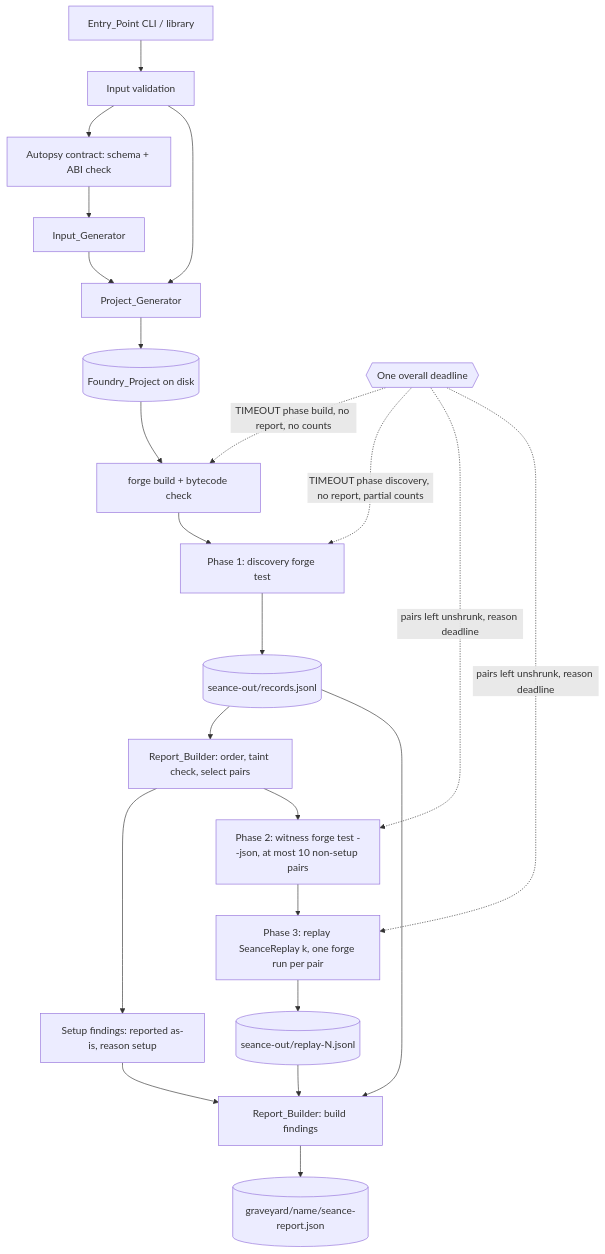
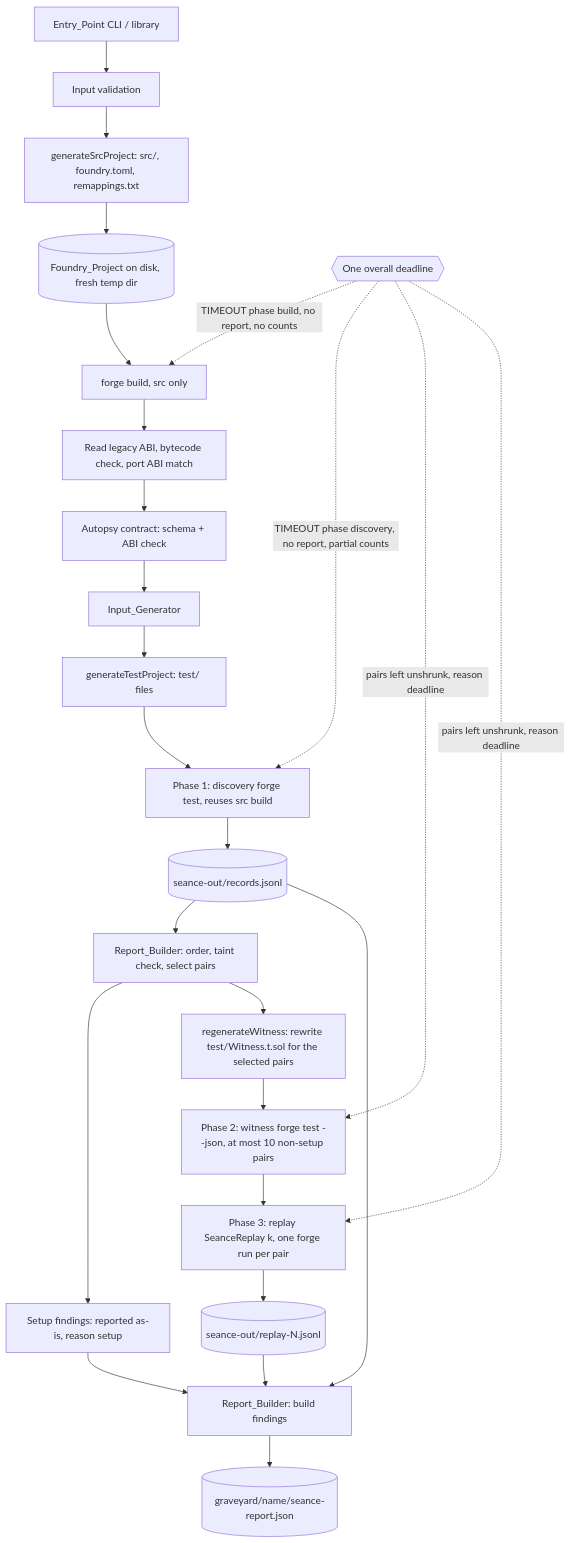
The first of 2 diagrams in .kiro/specs/seance-engine/design.md (CharlesChinedum/exhume), drawn with Mermaid before and after one commit. The commit also changed other lines of this file and 54 other files, not shown here.

````diff
--- a/.kiro/specs/seance-engine/design.md
+++ b/.kiro/specs/seance-engine/design.md
@@ -54,25 +62,27 @@
 ```mermaid
 flowchart TD
     CLI[Entry_Point CLI / library] --> V[Input validation]
-    V --> AC[Autopsy contract: schema + ABI check]
+    V --> SG[generateSrcProject: src/, foundry.toml, remappings.txt]
+    SG --> FP[(Foundry_Project on disk, fresh temp dir)]
+    FP --> BC[forge build, src only]
+    BC --> ABI[Read legacy ABI, bytecode check, port ABI match]
+    ABI --> AC[Autopsy contract: schema + ABI check]
     AC --> IG[Input_Generator]
-    V --> PG[Project_Generator]
-    IG --> PG
-    PG --> FP[(Foundry_Project on disk)]
-    FP --> BC[forge build + bytecode check]
-    BC --> D1[Phase 1: discovery forge test]
+    IG --> TG[generateTestProject: test/ files]
+    TG --> D1[Phase 1: discovery forge test, reuses src build]
     D1 --> REC[(seance-out/records.jsonl)]
     REC --> SEL[Report_Builder: order, taint check, select pairs]
     SEL --> SU[Setup findings: reported as-is, reason setup]
     SU --> RB
-    SEL --> W[Phase 2: witness forge test --json, at most 10 non-setup pairs]
+    SEL --> RW[regenerateWitness: rewrite test/Witness.t.sol for the selected pairs]
+    RW --> W[Phase 2: witness forge test --json, at most 10 non-setup pairs]
     W --> RP[Phase 3: replay SeanceReplay k, one forge run per pair]
     RP --> RREC[(seance-out/replay-N.jsonl)]
     RREC --> RB[Report_Builder: build findings]
     REC --> RB
     RB --> OUT[(graveyard/name/seance-report.json)]
     DL{{One overall deadline}} -.->|TIMEOUT phase build, no report, no counts| BC
     DL -.->|TIMEOUT phase discovery, no report, partial counts| D1
     DL -.->|pairs left unshrunk, reason deadline| W
     DL -.->|pairs left unshrunk, reason deadline| RP
 ```
````
